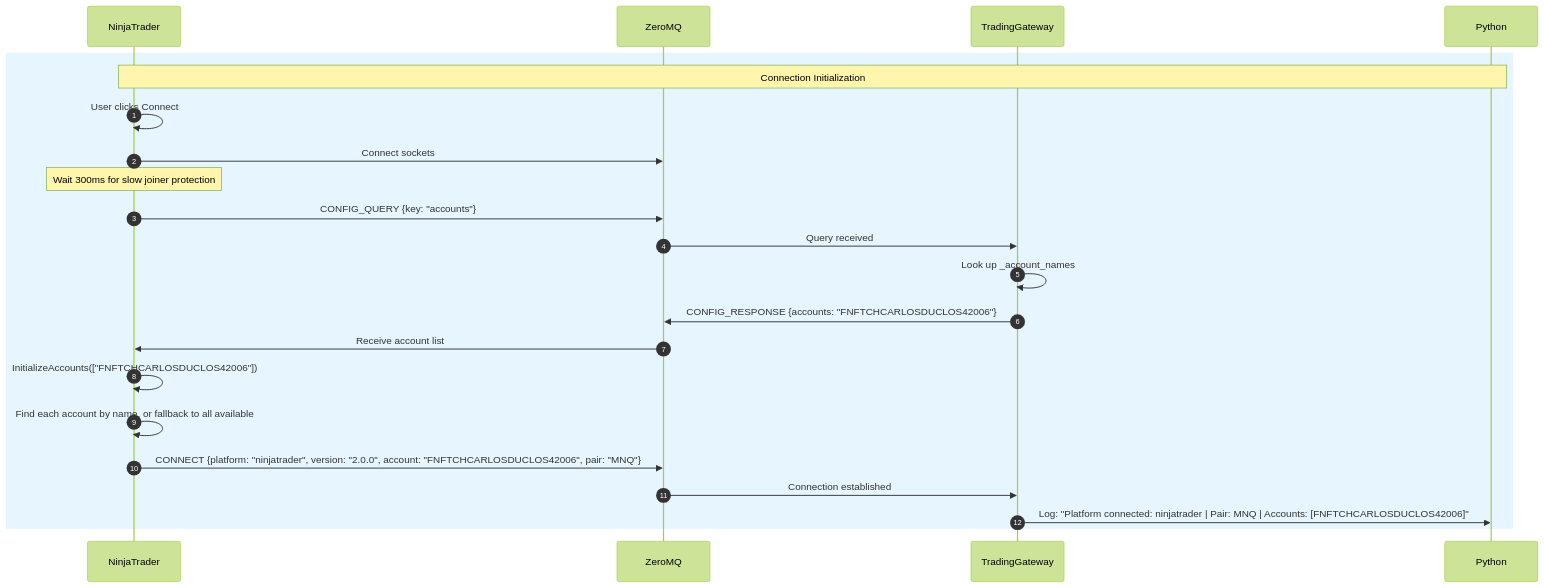
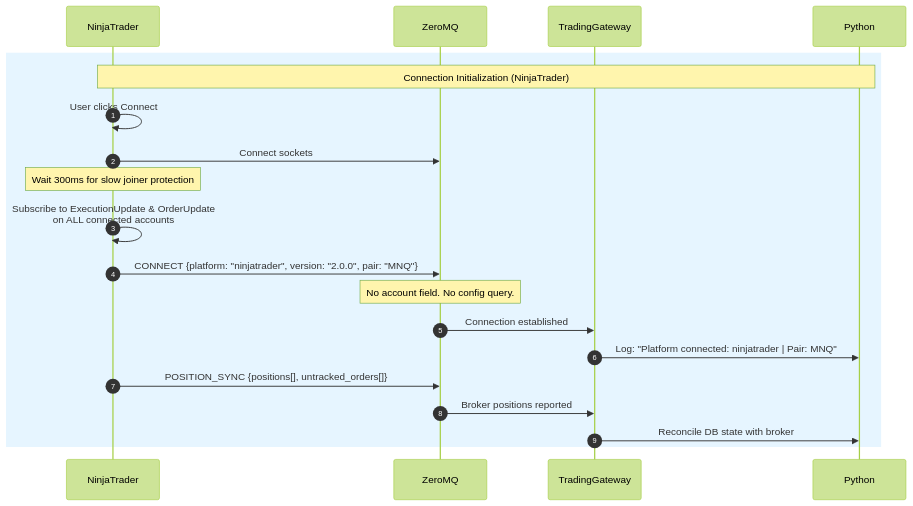
Before and after one commit to carlos21/TradingBot: the fifth of 9 diagrams in docs/zmq_communication_flow.md, drawn with Mermaid (forest theme). The commit also changed other lines of this file and 1 other file, not shown here.

````diff
--- a/docs/zmq_communication_flow.md
+++ b/docs/zmq_communication_flow.md
@@ -645,30 +603,28 @@
 ```mermaid
 sequenceDiagram
     autonumber
     participant NT as NinjaTrader
     participant ZMQ as ZeroMQ
     participant GW as TradingGateway
     participant PY as Python
 
     rect rgb(230, 245, 255)
-        Note over NT,PY: Connection Initialization
+        Note over NT,PY: Connection Initialization (NinjaTrader)
         
         NT->>NT: User clicks Connect
         NT->>ZMQ: Connect sockets
         
         Note over NT: Wait 300ms for slow joiner protection
         
-        NT->>ZMQ: CONFIG_QUERY {key: "accounts"}
-        ZMQ->>GW: Query received
-        GW->>GW: Look up _account_names
-        GW->>ZMQ: CONFIG_RESPONSE {accounts: "FNFTCHCARLOSDUCLOS42006"}
-        ZMQ->>NT: Receive account list
+        NT->>NT: Subscribe to ExecutionUpdate & OrderUpdate<br/>on ALL connected accounts
         
-        NT->>NT: InitializeAccounts(["FNFTCHCARLOSDUCLOS42006"])
-        NT->>NT: Find each account by name, or fallback to all available
+        NT->>ZMQ: CONNECT {platform: "ninjatrader", version: "2.0.0", pair: "MNQ"}
+        Note over ZMQ: No account field. No config query.
+        ZMQ->>GW: Connection established
+        GW->>PY: Log: "Platform connected: ninjatrader | Pair: MNQ"
         
-        NT->>ZMQ: CONNECT {platform: "ninjatrader", version: "2.0.0", account: "FNFTCHCARLOSDUCLOS42006", pair: "MNQ"}
-        ZMQ->>GW: Connection established
-        GW->>PY: Log: "Platform connected: ninjatrader | Pair: MNQ | Accounts: [FNFTCHCARLOSDUCLOS42006]"
+        NT->>ZMQ: POSITION_SYNC {positions[], untracked_orders[]}
+        ZMQ->>GW: Broker positions reported
+        GW->>PY: Reconcile DB state with broker
     end
 ```
````
